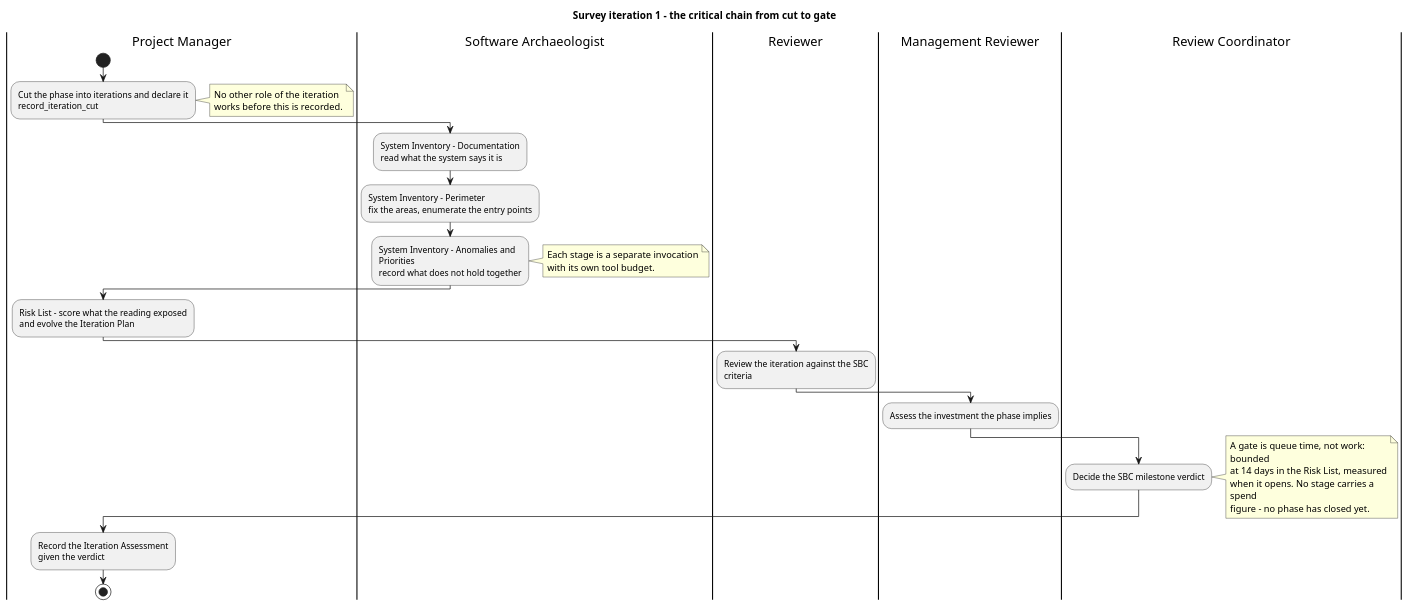
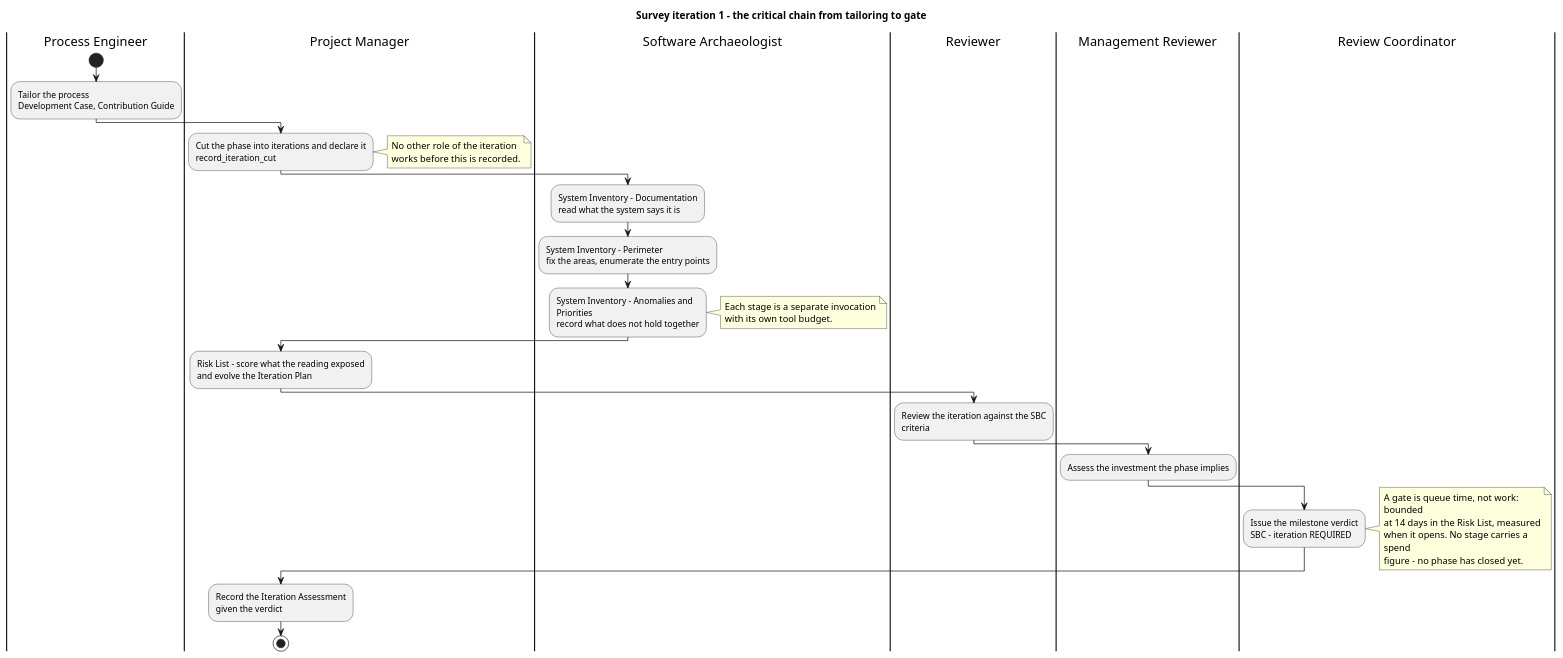
Before and after one commit to banense-test/dapr: the second of 2 diagrams in docs/artifacts/project-management/iteration-plan.md, drawn with PlantUML. The commit also changed other lines of this file, not shown here.

First line of the commit message:
Project Manager [Survey1]: upsert Iteration Plan

````diff
--- a/docs/artifacts/project-management/iteration-plan.md
+++ b/docs/artifacts/project-management/iteration-plan.md
@@ -125,46 +128,49 @@
 ```plantuml
 @startuml
-title Survey iteration 1 - the critical chain from cut to gate
+title Survey iteration 1 - the critical chain from tailoring to gate
 skinparam wrapWidth 240
 
+|Process Engineer|
+start
+:Tailor the process\nDevelopment Case, Contribution Guide;
+
 |Project Manager|
-start
 :Cut the phase into iterations and declare it\nrecord_iteration_cut;
 note right
   No other role of the iteration
   works before this is recorded.
 end note
 
 |Software Archaeologist|
 :System Inventory - Documentation\nread what the system says it is;
 :System Inventory - Perimeter\nfix the areas, enumerate the entry points;
 :System Inventory - Anomalies and Priorities\nrecord what does not hold together;
 note right
   Each stage is a separate invocation
   with its own tool budget.
 end note
 
 |Project Manager|
 :Risk List - score what the reading exposed\nand evolve the Iteration Plan;
 
 |Reviewer|
 :Review the iteration against the SBC criteria;
 
 |Management Reviewer|
 :Assess the investment the phase implies;
 
 |Review Coordinator|
-:Decide the SBC milestone verdict;
+:Issue the milestone verdict\nSBC - iteration REQUIRED;
 note right
   A gate is queue time, not work: bounded
   at 14 days in the Risk List, measured
   when it opens. No stage carries a spend
   figure - no phase has closed yet.
 end note
 
 |Project Manager|
 :Record the Iteration Assessment\ngiven the verdict;
 
 stop
 @enduml
 ```
````
